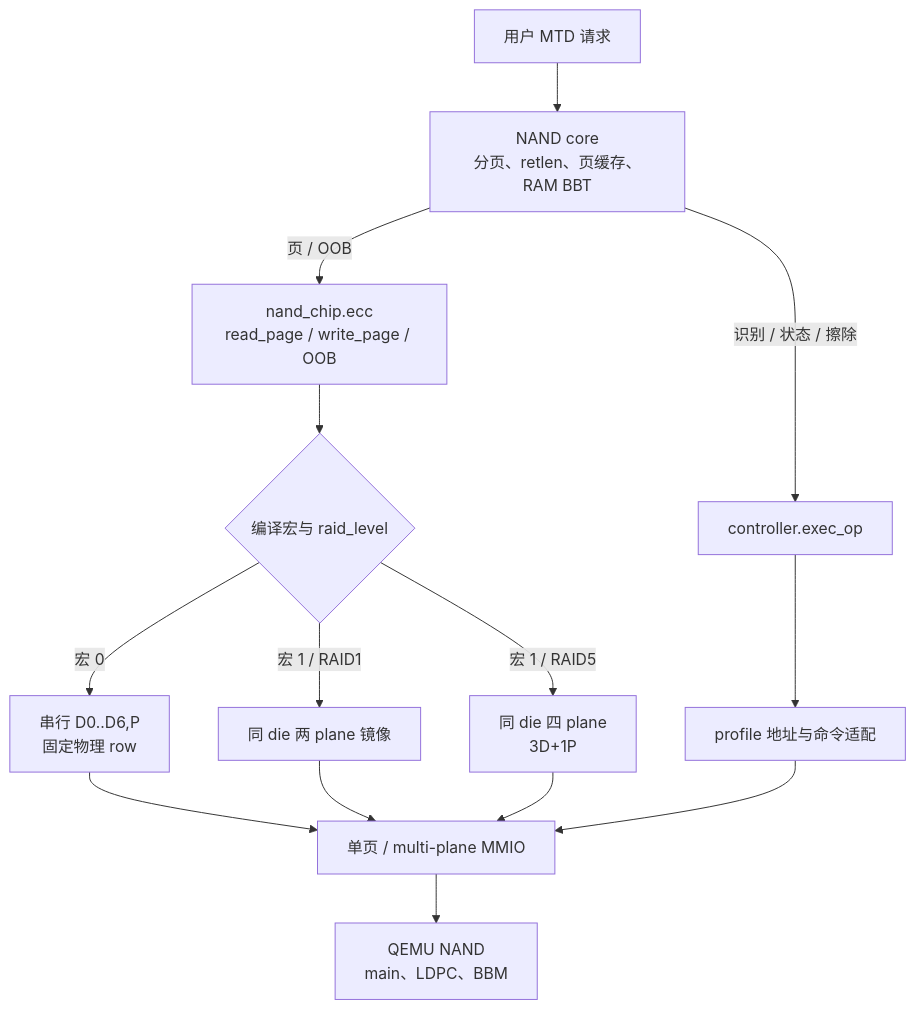
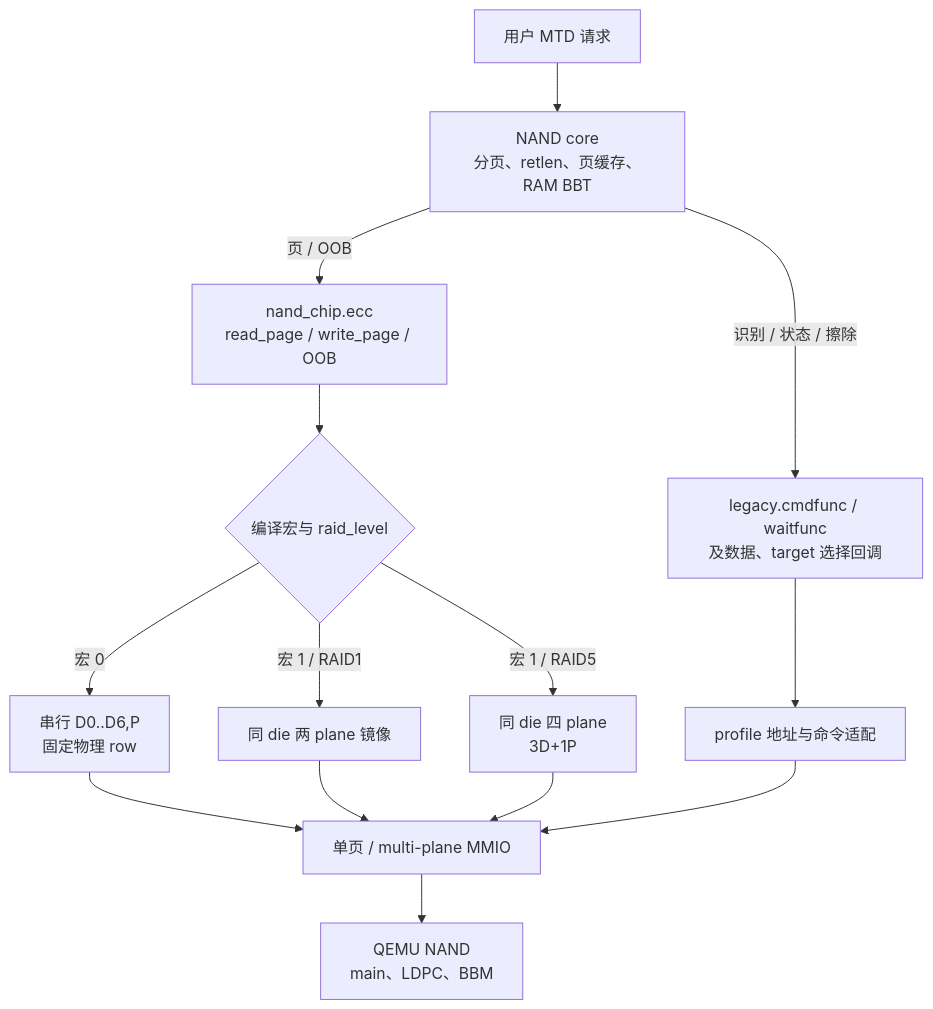
Before and after one commit to avenstar65/3dnand_test: the second of 18 diagrams in docs/superpowers/specs/2026-08-30-multiplane-page-raid1-raid5-design.md, drawn with Mermaid. The commit also changed other lines of this file and 20 other files, not shown here.

````diff
--- a/docs/superpowers/specs/2026-08-30-multiplane-page-raid1-raid5-design.md
+++ b/docs/superpowers/specs/2026-08-30-multiplane-page-raid1-raid5-design.md
@@ -60,16 +119,16 @@
 ```mermaid
 flowchart TD
     U["用户 MTD 请求"] --> C["NAND core<br/>分页、retlen、页缓存、RAM BBT"]
     C -->|"页 / OOB"| E["nand_chip.ecc<br/>read_page / write_page / OOB"]
-    C -->|"识别 / 状态 / 擦除"| O["controller.exec_op"]
+    C -->|"识别 / 状态 / 擦除"| O["legacy.cmdfunc / waitfunc<br/>及数据、target 选择回调"]
     E --> M{"编译宏与 raid_level"}
     M -->|"宏 0"| S["串行 D0..D6,P<br/>固定物理 row"]
     M -->|"宏 1 / RAID1"| R1["同 die 两 plane 镜像"]
     M -->|"宏 1 / RAID5"| R5["同 die 四 plane<br/>3D+1P"]
     S --> T["单页 / multi-plane MMIO"]
     R1 --> T
     R5 --> T
     O --> A["profile 地址与命令适配"]
     A --> T
     T --> H["QEMU NAND<br/>main、LDPC、BBM"]
 ```
````
